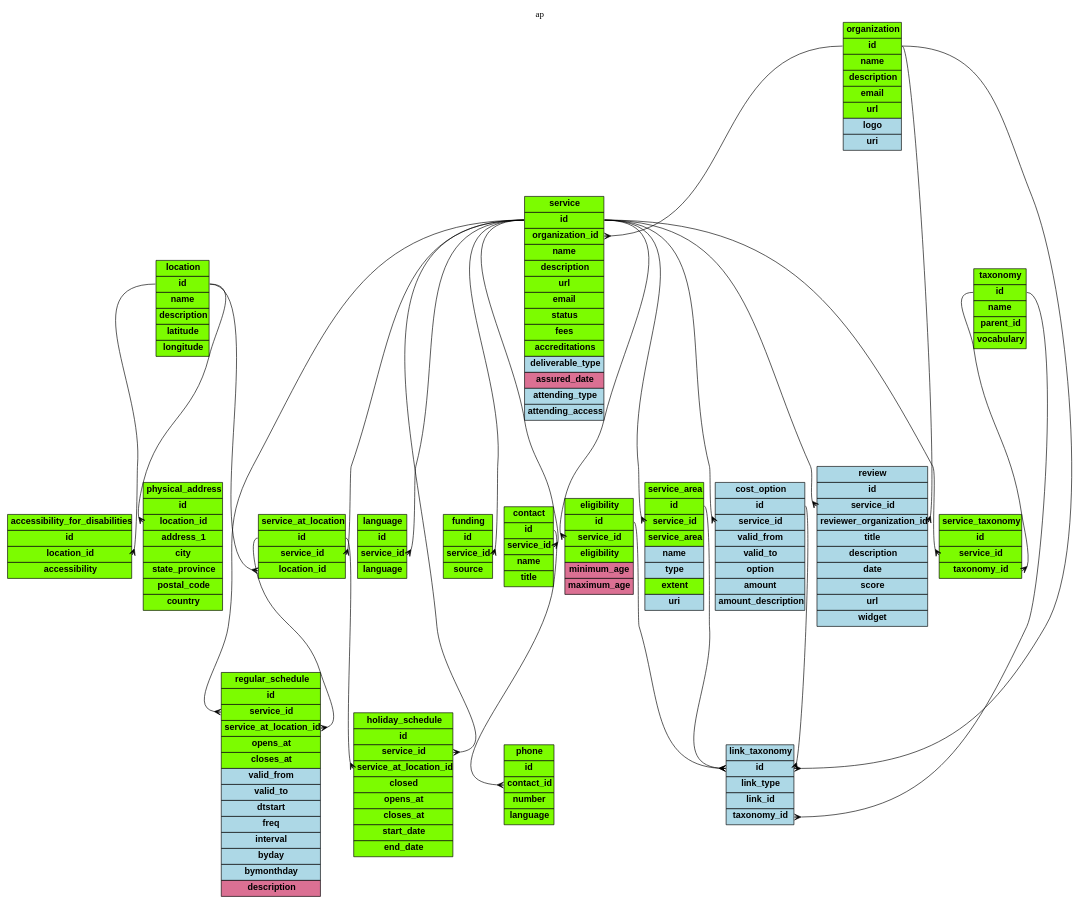
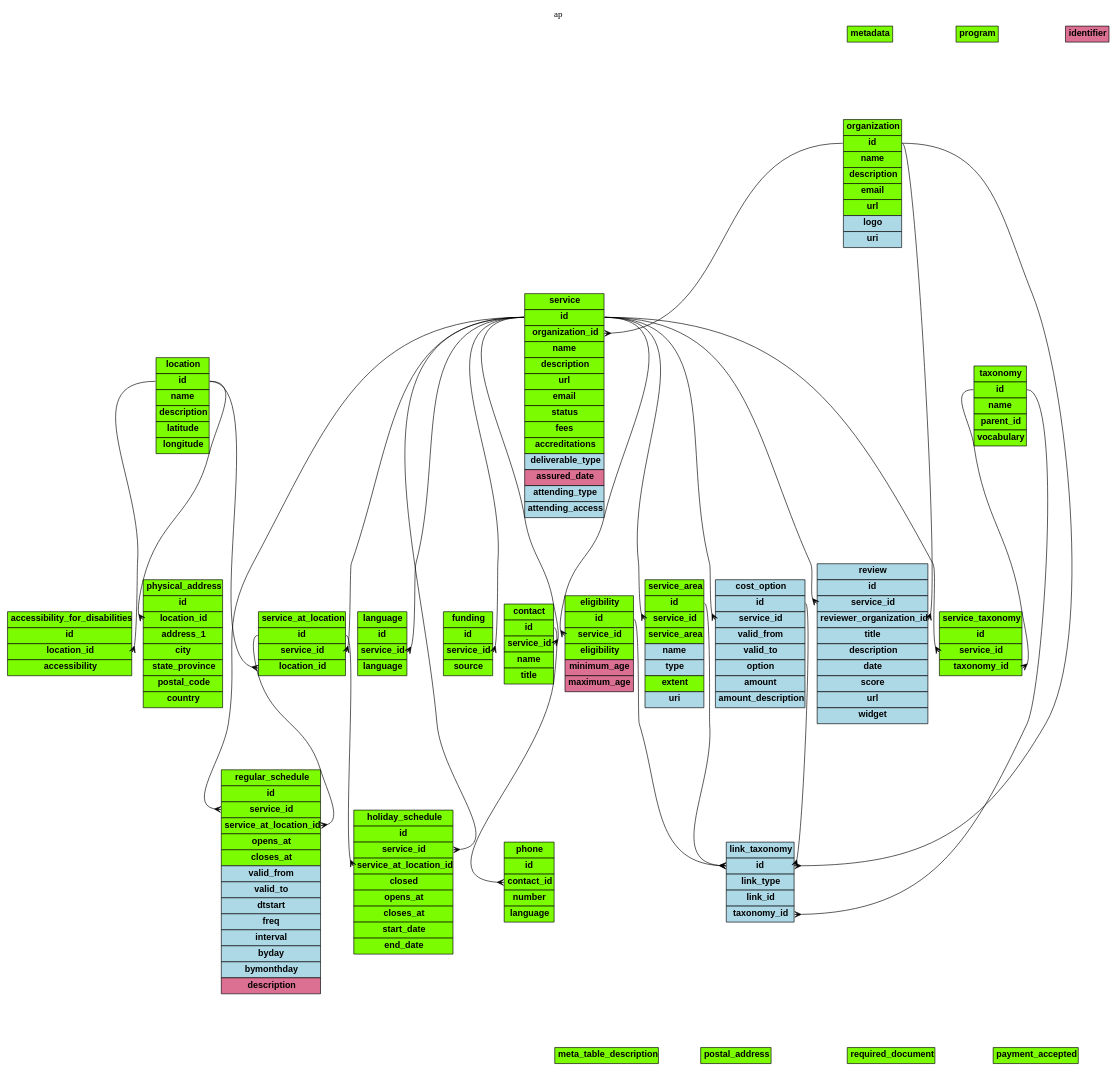
One commit to OpenReferralUK/human-services changed the diagram in Schemas/ap.gv. Above: the diagram before and after it, drawn with Graphviz. The commit also changed 26 other files, not shown here.

```diff
--- a/Schemas/ap.gv
+++ b/Schemas/ap.gv
@@ -21,6 +21,22 @@
 <tr><td  bgcolor="lawngreen"><b>url</b></td></tr>
 <tr><td  bgcolor="lightblue"><b>logo</b></td></tr>
 <tr><td  bgcolor="lightblue"><b>uri</b></td></tr>
+</table>
+>]
+
+
+
+identifier [label=<
+<table border="0" cellborder="1" cellspacing="0" cellpadding="4">
+<tr><td bgcolor="palevioletred"><b>identifier</b></td></tr>
+</table>
+>]
+
+
+
+program [label=<
+<table border="0" cellborder="1" cellspacing="0" cellpadding="4">
+<tr><td bgcolor="lawngreen"><b>program</b></td></tr>
 </table>
 >]
 
@@ -129,6 +145,14 @@
 location:id -> physical_address:location_id;
 
 
+postal_address [label=<
+<table border="0" cellborder="1" cellspacing="0" cellpadding="4">
+<tr><td bgcolor="lawngreen"><b>postal_address</b></td></tr>
+</table>
+>]
+
+
+
 regular_schedule [label=<
 <table border="0" cellborder="1" cellspacing="0" cellpadding="4">
 <tr><td bgcolor="lawngreen"><b>regular_schedule</b></td></tr>
@@ -212,6 +236,22 @@
 service:id -> service_area:service_id;
 
 
+required_document [label=<
+<table border="0" cellborder="1" cellspacing="0" cellpadding="4">
+<tr><td bgcolor="lawngreen"><b>required_document</b></td></tr>
+</table>
+>]
+
+
+
+payment_accepted [label=<
+<table border="0" cellborder="1" cellspacing="0" cellpadding="4">
+<tr><td bgcolor="lawngreen"><b>payment_accepted</b></td></tr>
+</table>
+>]
+
+
+
 language [label=<
 <table border="0" cellborder="1" cellspacing="0" cellpadding="4">
 <tr><td bgcolor="lawngreen"><b>language</b></td></tr>
@@ -243,6 +283,22 @@
 <tr><td  bgcolor="lawngreen"><b>name</b></td></tr>
 <tr><td  bgcolor="lawngreen"><b>parent_id</b></td></tr>
 <tr><td  bgcolor="lawngreen"><b>vocabulary</b></td></tr>
+</table>
+>]
+
+
+
+metadata [label=<
+<table border="0" cellborder="1" cellspacing="0" cellpadding="4">
+<tr><td bgcolor="lawngreen"><b>metadata</b></td></tr>
+</table>
+>]
+
+
+
+meta_table_description [label=<
+<table border="0" cellborder="1" cellspacing="0" cellpadding="4">
+<tr><td bgcolor="lawngreen"><b>meta_table_description</b></td></tr>
 </table>
 >]
 
```
